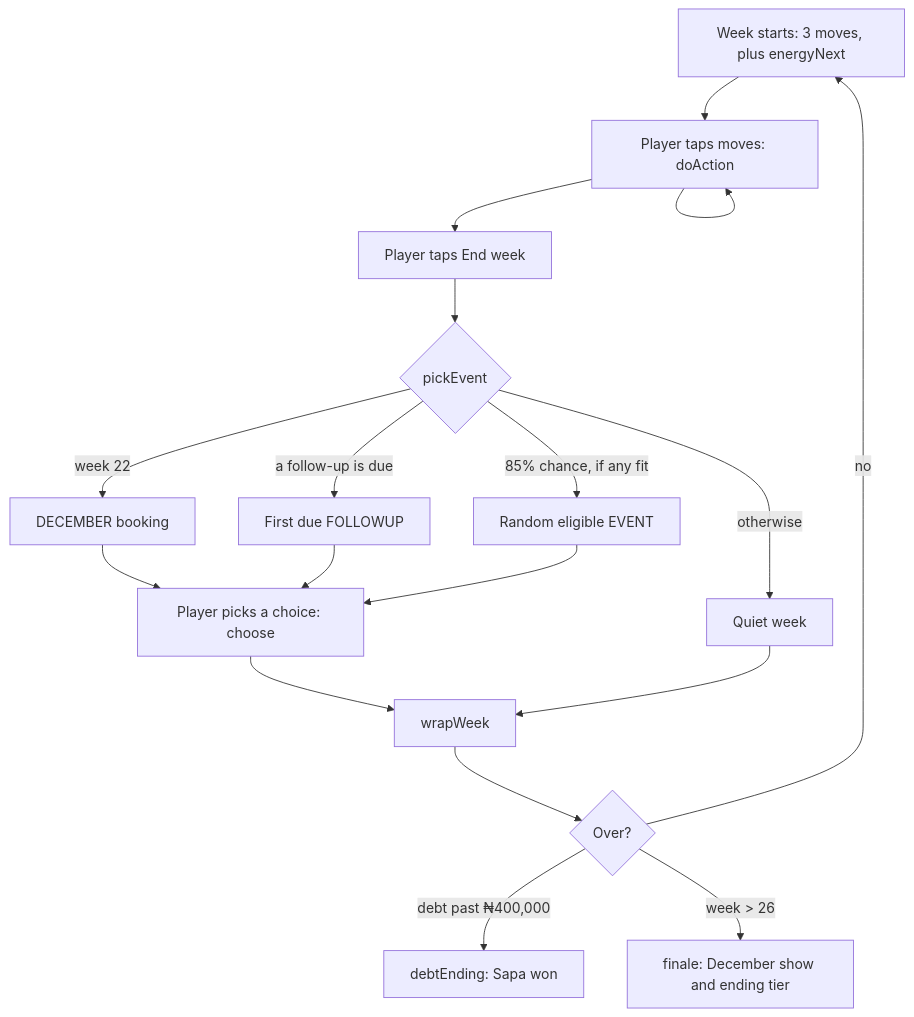
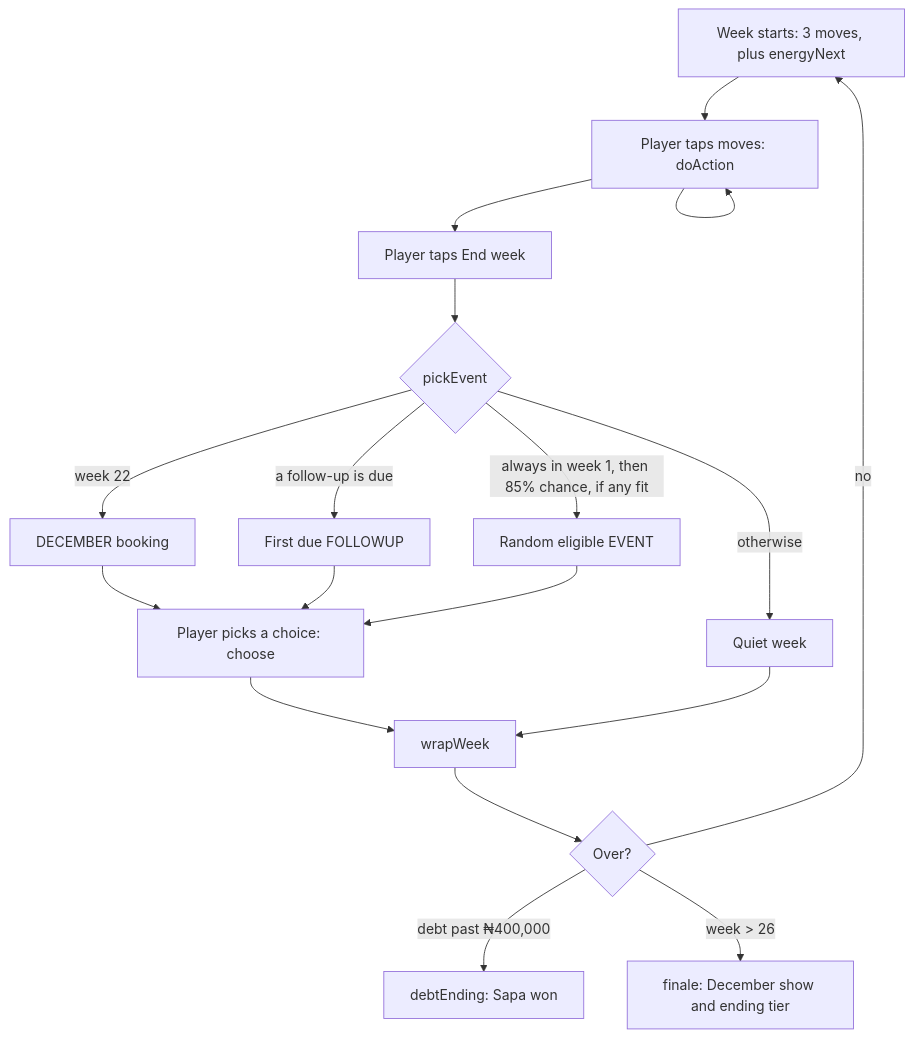
The diagram in docs/architecture.md (tiwadara/lagos-superstar), drawn with Mermaid before and after one commit. The commit also changed 5 other files, not shown here.

````diff
--- a/docs/architecture.md
+++ b/docs/architecture.md
@@ -53,18 +53,18 @@
 ```mermaid
 flowchart TD
   A[Week starts: 3 moves, plus energyNext] --> B[Player taps moves: doAction]
   B --> B
   B --> C[Player taps End week]
   C --> D{pickEvent}
   D -- week 22 --> E[DECEMBER booking]
   D -- a follow-up is due --> F[First due FOLLOWUP]
-  D -- 85% chance, if any fit --> G[Random eligible EVENT]
+  D -- always in week 1, then 85% chance, if any fit --> G[Random eligible EVENT]
   D -- otherwise --> H[Quiet week]
   E & F & G --> I[Player picks a choice: choose]
   I --> J[wrapWeek]
   H --> J
   J --> K{Over?}
   K -- debt past ₦400,000 --> L[debtEnding: Sapa won]
   K -- week > 26 --> M[finale: December show and ending tier]
   K -- no --> A
 ```
````
